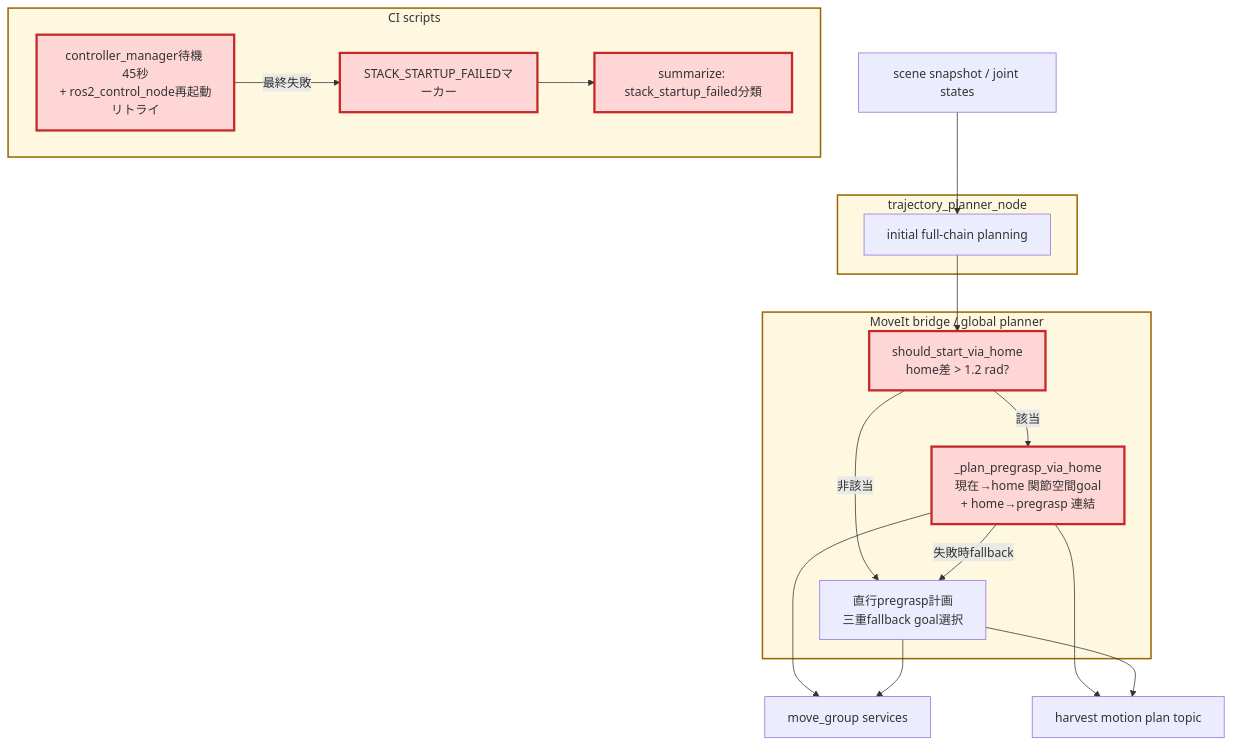
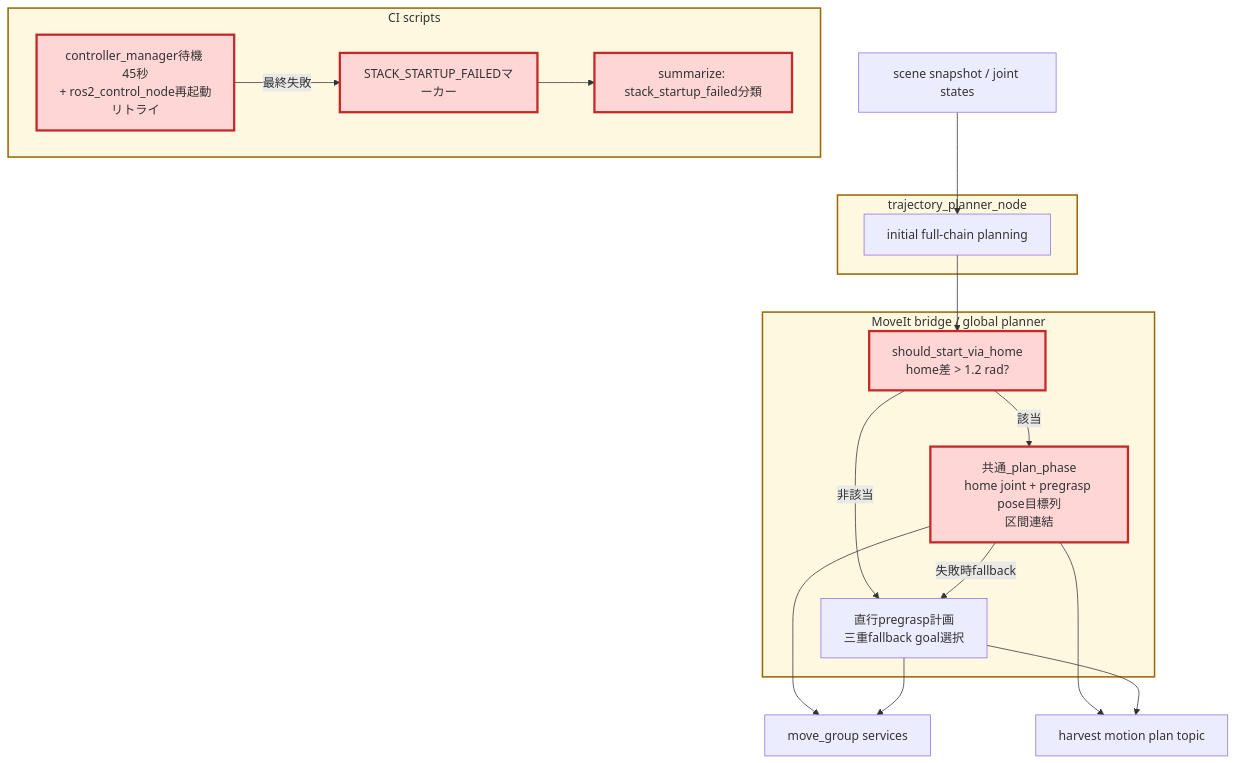
Before and after one commit to akodama428/trial_issac_sim: the second of 2 diagrams in docs/reports/moveit_replanning/issue39_40_stabilization_report.md, drawn with Mermaid. The commit also changed other lines of this file and 36 other files, not shown here.

````diff
--- a/docs/reports/moveit_replanning/issue39_40_stabilization_report.md
+++ b/docs/reports/moveit_replanning/issue39_40_stabilization_report.md
@@ -67,38 +67,38 @@
 ```mermaid
 flowchart TD
   Snapshot[scene snapshot / joint states]
 
   subgraph TrajectoryNode[trajectory_planner_node]
     FullChain[initial full-chain planning]
   end
 
   subgraph Bridge[MoveIt bridge / global planner]
     Judge[should_start_via_home<br/>home差 > 1.2 rad?]
-    ViaHome[_plan_pregrasp_via_home<br/>現在→home 関節空間goal<br/>+ home→pregrasp 連結]
+    ViaHome[共通_plan_phase<br/>home joint + pregrasp pose目標列<br/>区間連結]
     Direct[直行pregrasp計画<br/>三重fallback goal選択]
     Judge -->|該当| ViaHome
     Judge -->|非該当| Direct
     ViaHome -->|失敗時fallback| Direct
   end
 
   subgraph CIScripts[CI scripts]
     Wait[controller_manager待機 45秒<br/>+ ros2_control_node再起動リトライ]
     Marker[STACK_STARTUP_FAILEDマーカー]
     Classify[summarize: stack_startup_failed分類]
     Wait -->|最終失敗| Marker --> Classify
   end
 
   MoveGroup[move_group services]
   PlanTopic[harvest motion plan topic]
 
   Snapshot --> FullChain
   FullChain --> Judge
   ViaHome --> MoveGroup
   Direct --> MoveGroup
   ViaHome --> PlanTopic
   Direct --> PlanTopic
   classDef changed fill:#ffd6d6,stroke:#c62828,stroke-width:3px
   classDef nodebox fill:#fff8e1,stroke:#9a6700,stroke-width:2px
   class Judge,ViaHome,Wait,Marker,Classify changed
   class TrajectoryNode,Bridge,CIScripts nodebox
 ```
````
